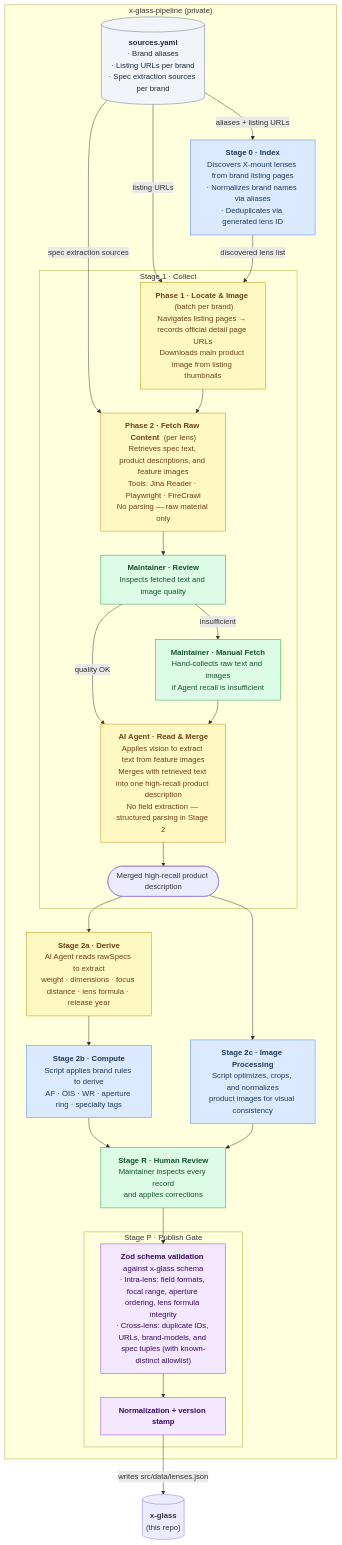
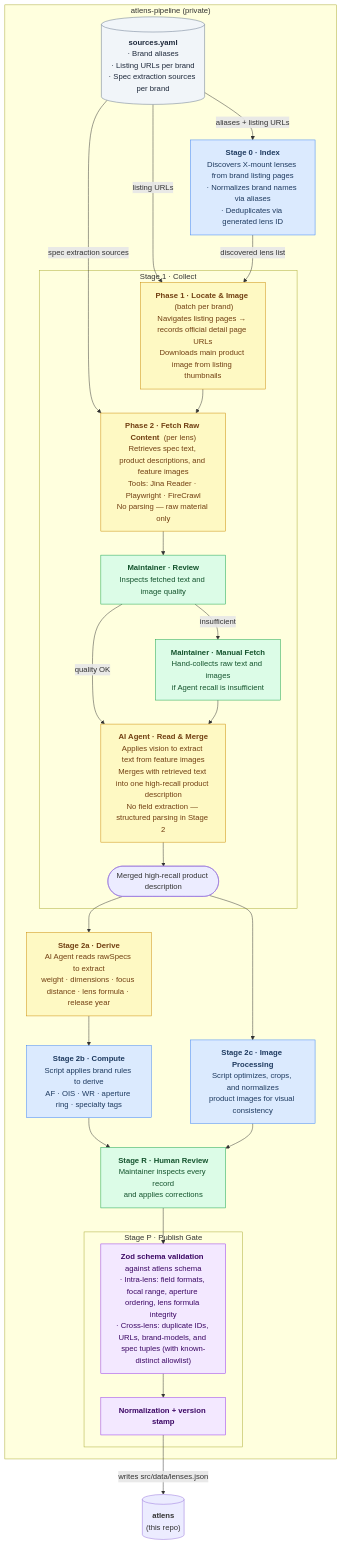
The diagram in docs/pipeline.md (sentacraft/atlens), drawn with Mermaid before and after one commit. The commit also changed other lines of this file and 31 other files, not shown here.

Commit message:
feat(branding): rename X-Glass to Atlens, point to atlens.app (#328)

````diff
--- a/docs/pipeline.md
+++ b/docs/pipeline.md
@@ -5,56 +5,56 @@
 ```mermaid
 flowchart TD
-  subgraph pipeline["x-glass-pipeline (private)"]
+  subgraph pipeline["atlens-pipeline (private)"]
     SOURCES[("<b>sources.yaml</b><br/>· Brand aliases<br/>· Listing URLs per brand<br/>· Spec extraction sources per brand")]
 
     S0["<b>Stage 0 · Index</b><br/>Discovers X-mount lenses from brand listing pages<br/>· Normalizes brand names via aliases<br/>· Deduplicates via generated lens ID"]
 
     subgraph s1["Stage 1 · Collect"]
       S1p1["<b>Phase 1 · Locate & Image</b>  (batch per brand)<br/>Navigates listing pages → records official detail page URLs<br/>Downloads main product image from listing thumbnails"]
       S1p2["<b>Phase 2 · Fetch Raw Content</b>  (per lens)<br/>Retrieves spec text, product descriptions, and feature images<br/>Tools: Jina Reader · Playwright · FireCrawl<br/>No parsing — raw material only"]
       S1r["<b>Maintainer · Review</b><br/>Inspects fetched text and image quality"]
       S1h["<b>Maintainer · Manual Fetch</b><br/>Hand-collects raw text and images<br/>if Agent recall is insufficient"]
       S1b["<b>AI Agent · Read & Merge</b><br/>Applies vision to extract text from feature images<br/>Merges with retrieved text into one high-recall product description<br/>No field extraction — structured parsing in Stage 2"]
       S1out(["Merged high-recall product description"])
     end
 
     S2a["<b>Stage 2a · Derive</b><br/>AI Agent reads rawSpecs to extract<br/>weight · dimensions · focus distance · lens formula · release year"]
     S2b["<b>Stage 2b · Compute</b><br/>Script applies brand rules to derive<br/>AF · OIS · WR · aperture ring · specialty tags"]
     S2c["<b>Stage 2c · Image Processing</b><br/>Script optimizes, crops, and normalizes<br/>product images for visual consistency"]
     SR["<b>Stage R · Human Review</b><br/>Maintainer inspects every record<br/>and applies corrections"]
 
     subgraph sp["Stage P · Publish Gate"]
-      SP1["<b>Zod schema validation</b> against x-glass schema<br/>· Intra-lens: field formats, focal range, aperture ordering, lens formula integrity<br/>· Cross-lens: duplicate IDs, URLs, brand-models, and spec tuples (with known-distinct allowlist)"]
+      SP1["<b>Zod schema validation</b> against atlens schema<br/>· Intra-lens: field formats, focal range, aperture ordering, lens formula integrity<br/>· Cross-lens: duplicate IDs, URLs, brand-models, and spec tuples (with known-distinct allowlist)"]
       SP2["<b>Normalization + version stamp</b>"]
     end
   end
 
   SOURCES -->|"aliases + listing URLs"| S0
   SOURCES -->|"listing URLs"| S1p1
   SOURCES -->|"spec extraction sources"| S1p2
   S0 -->|"discovered lens list"| S1p1
   S1p1 --> S1p2
   S1p2 --> S1r
   S1r -->|"quality OK"| S1b
   S1r -->|"insufficient"| S1h
   S1h --> S1b
   S1b --> S1out
   S1out --> S2a & S2c
   S2a --> S2b
   S2b & S2c --> SR
   SR --> SP1
   SP1 --> SP2
-  SP2 -->|"writes src/data/lenses.json"| DB[("<b>x-glass</b><br/>(this repo)")]
+  SP2 -->|"writes src/data/lenses.json"| DB[("<b>atlens</b><br/>(this repo)")]
 
   classDef script fill:#dbeafe,stroke:#3b82f6,color:#1e3a5f
   classDef agent fill:#fef9c3,stroke:#ca8a04,color:#713f12
   classDef human fill:#dcfce7,stroke:#16a34a,color:#14532d
   classDef gate fill:#f3e8ff,stroke:#9333ea,color:#3b0764
   classDef config fill:#f1f5f9,stroke:#64748b,color:#1e293b
 
   class S0,S2b,S2c script
   class S1p1,S1p2,S1b,S2a agent
   class S1r,S1h,SR human
   class SP1,SP2 gate
   class SOURCES config
 ```
````
